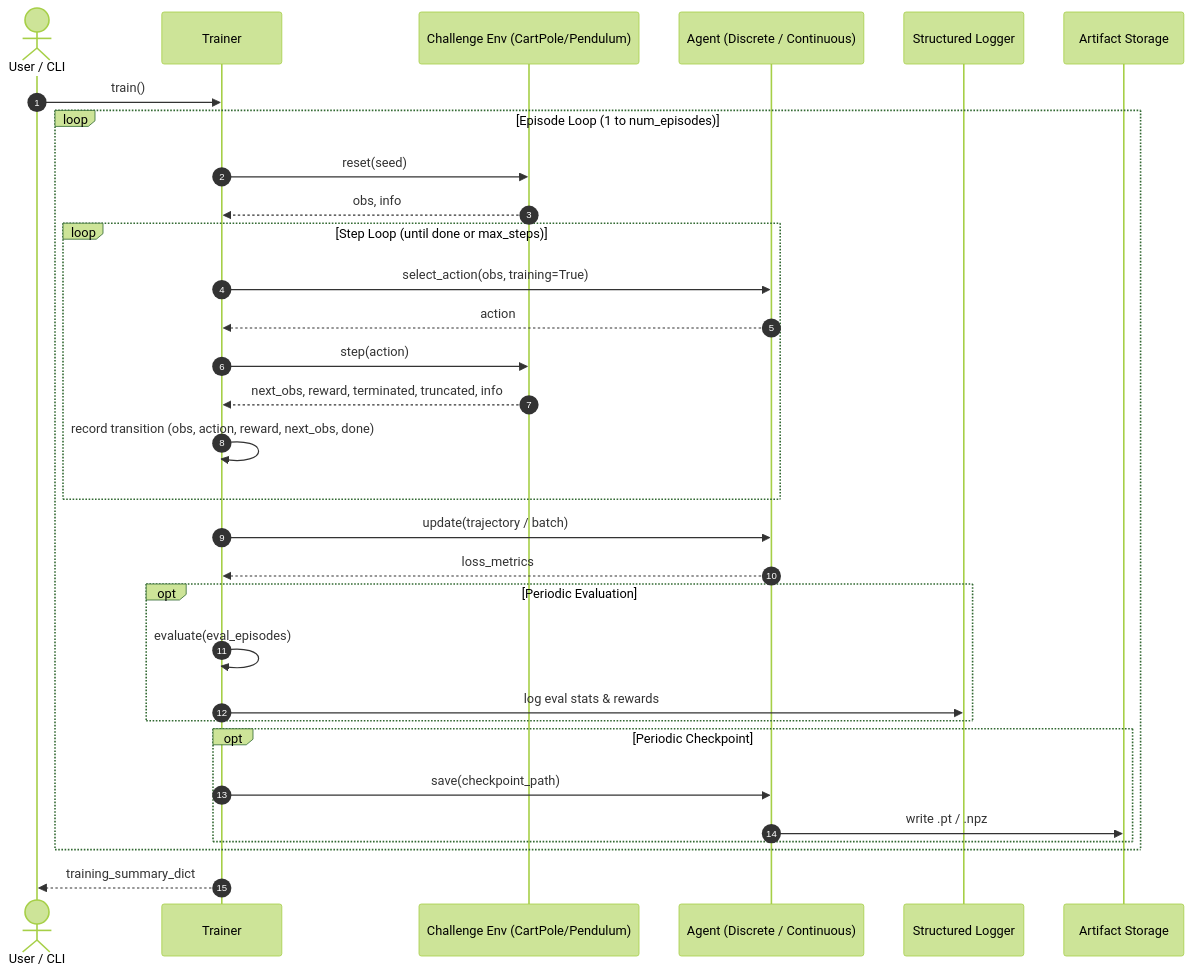
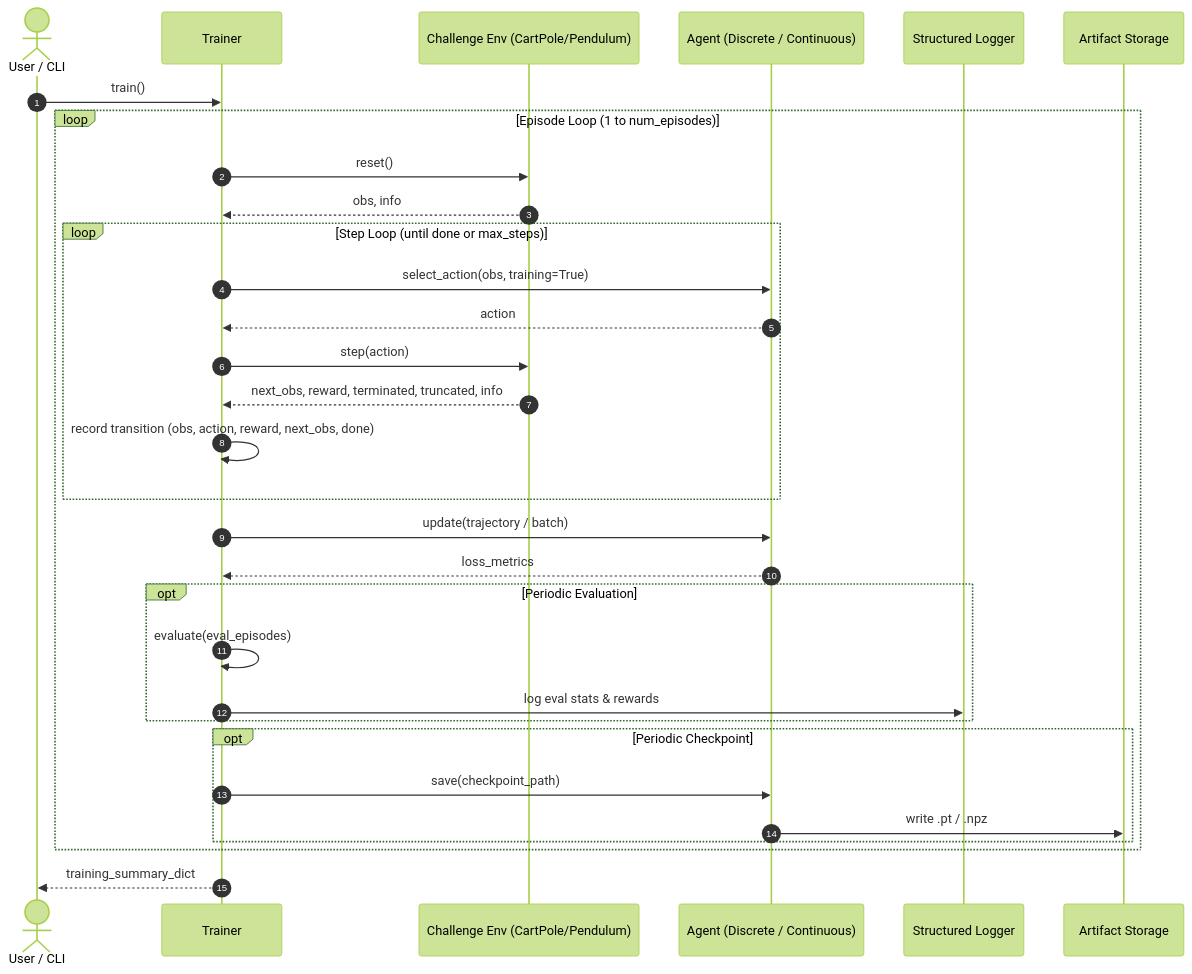
The third of 3 diagrams in ARCHITECTURE.md (andreijw/AI), drawn with Mermaid (forest theme) before and after one commit. The commit also changed 15 other files, not shown here.

````diff
--- a/ARCHITECTURE.md
+++ b/ARCHITECTURE.md
@@ -197,34 +197,34 @@
 ```mermaid
 sequenceDiagram
     autonumber
     actor User as User / CLI
     participant Trainer as Trainer
     participant Env as Challenge Env (CartPole/Pendulum)
     participant Agent as Agent (Discrete / Continuous)
     participant Logger as Structured Logger
     participant Disk as Artifact Storage
 
     User->>Trainer: train()
     loop Episode Loop (1 to num_episodes)
-        Trainer->>Env: reset(seed)
+        Trainer->>Env: reset()
         Env-->>Trainer: obs, info
         loop Step Loop (until done or max_steps)
             Trainer->>Agent: select_action(obs, training=True)
             Agent-->>Trainer: action
             Trainer->>Env: step(action)
             Env-->>Trainer: next_obs, reward, terminated, truncated, info
             Trainer->>Trainer: record transition (obs, action, reward, next_obs, done)
         end
         Trainer->>Agent: update(trajectory / batch)
         Agent-->>Trainer: loss_metrics
         opt Periodic Evaluation
             Trainer->>Trainer: evaluate(eval_episodes)
             Trainer->>Logger: log eval stats & rewards
         end
         opt Periodic Checkpoint
             Trainer->>Agent: save(checkpoint_path)
             Agent->>Disk: write .pt / .npz
         end
     end
     Trainer-->>User: training_summary_dict
 ```
````
